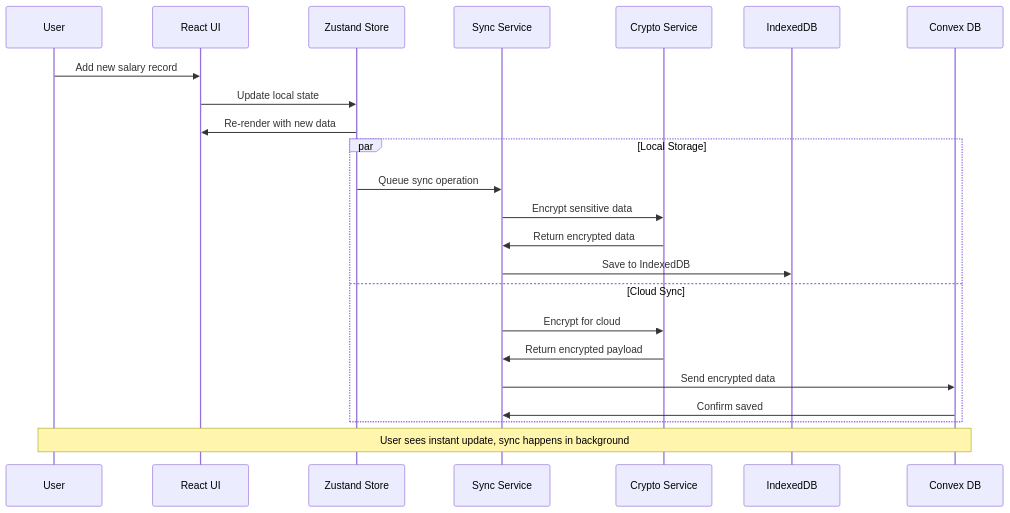
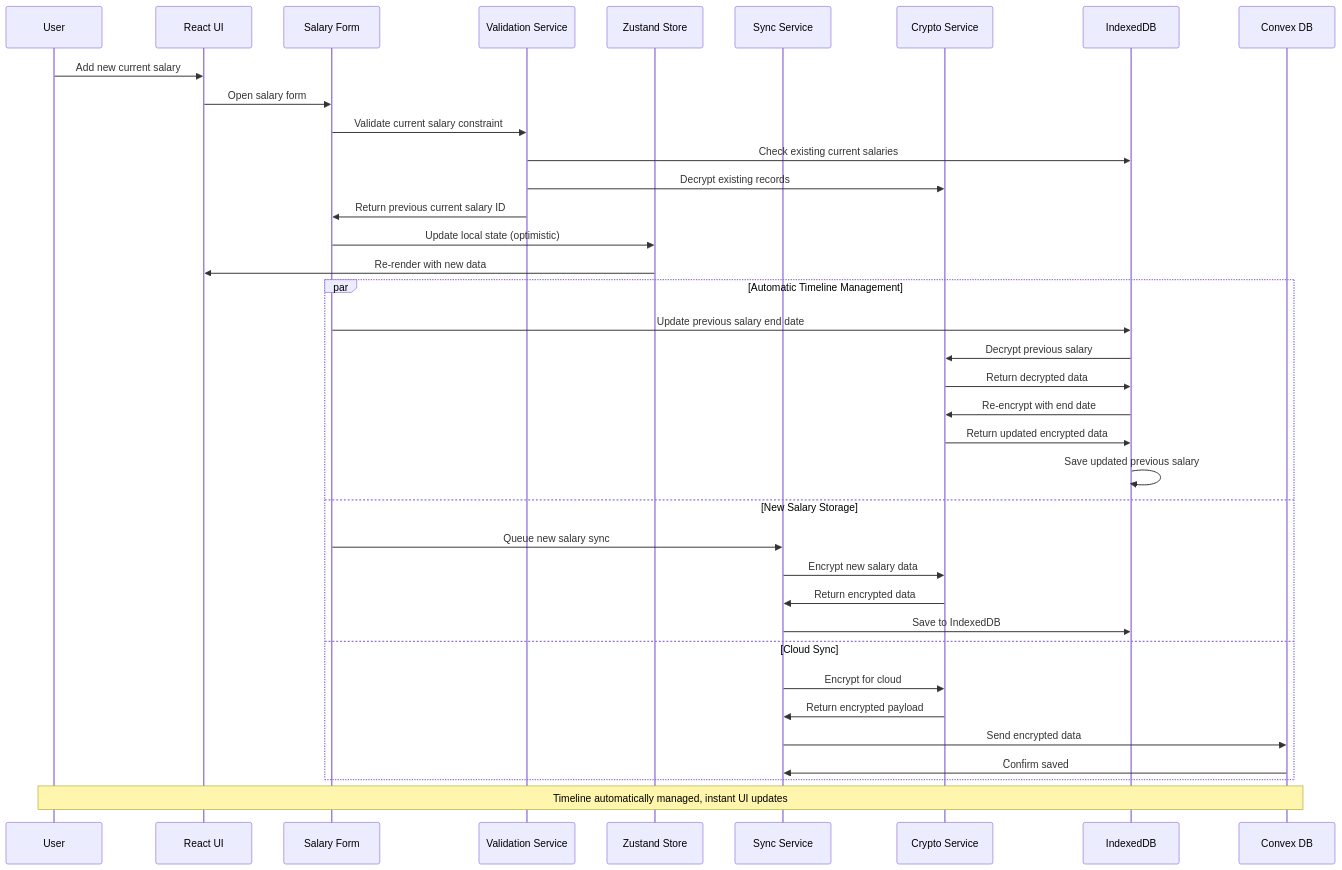
One commit to tcynic/compTrails changed the third of 6 diagrams in context/architecture.md. Above: the diagram before and after it, drawn with Mermaid. The commit also changed other lines of this file and 5 other files, not shown here.

First line of the commit message:
Implement local-first data loading architecture

````diff
--- a/context/architecture.md
+++ b/context/architecture.md
@@ -191,28 +196,43 @@
 ```mermaid
 sequenceDiagram
     participant User
     participant UI as React UI
+    participant Form as Salary Form
+    participant Validation as Validation Service
     participant Store as Zustand Store
     participant Sync as Sync Service
     participant Crypto as Crypto Service
     participant Local as IndexedDB
     participant Cloud as Convex DB
     
-    User->>UI: Add new salary record
-    UI->>Store: Update local state
+    User->>UI: Add new current salary
+    UI->>Form: Open salary form
+    Form->>Validation: Validate current salary constraint
+    Validation->>Local: Check existing current salaries
+    Validation->>Crypto: Decrypt existing records
+    Validation->>Form: Return previous current salary ID
+    
+    Form->>Store: Update local state (optimistic)
     Store->>UI: Re-render with new data
     
-    par Local Storage
-        Store->>Sync: Queue sync operation
-        Sync->>Crypto: Encrypt sensitive data
+    par Automatic Timeline Management
+        Form->>Local: Update previous salary end date
+        Local->>Crypto: Decrypt previous salary
+        Crypto->>Local: Return decrypted data
+        Local->>Crypto: Re-encrypt with end date
+        Crypto->>Local: Return updated encrypted data
+        Local->>Local: Save updated previous salary
+    and New Salary Storage
+        Form->>Sync: Queue new salary sync
+        Sync->>Crypto: Encrypt new salary data
         Crypto->>Sync: Return encrypted data
         Sync->>Local: Save to IndexedDB
     and Cloud Sync
         Sync->>Crypto: Encrypt for cloud
         Crypto->>Sync: Return encrypted payload
         Sync->>Cloud: Send encrypted data
         Cloud->>Sync: Confirm saved
     end
     
-    Note over User,Cloud: User sees instant update, sync happens in background
+    Note over User,Cloud: Timeline automatically managed, instant UI updates
 ```
````
